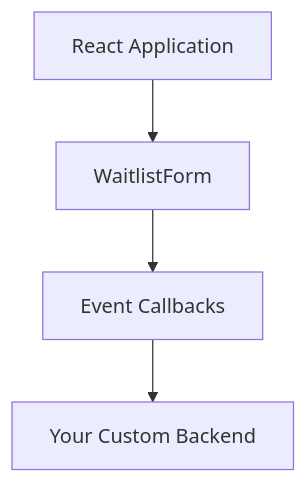
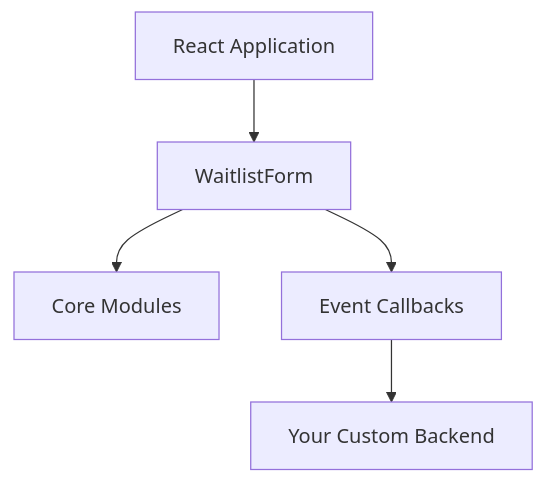
Before and after one commit to pmatheusvinhas/react-waitlist: the fourth of 5 diagrams in docs/architecture.md, drawn with Mermaid. The commit also changed other lines of this file and 40 other files, not shown here.

Commit message:
refactor: implement modular architecture and remove compatibility layer

````diff
--- a/docs/architecture.md
+++ b/docs/architecture.md
@@ -69,6 +93,7 @@
 ```mermaid
 graph TD
     A[React Application] --> B[WaitlistForm]
-    B --> C[Event Callbacks]
-    C --> D[Your Custom Backend]
+    B --> C[Core Modules]
+    B --> D[Event Callbacks]
+    D --> E[Your Custom Backend]
 ```
````
